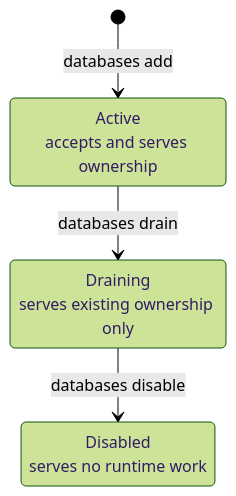
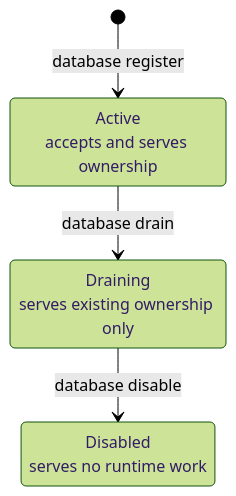
The second of 3 diagrams in web/docs/architecture/scaling/index.mdx (gregl83/agent-vigilo), drawn with Mermaid (forest theme) before and after one commit. The commit also changed other lines of this file and 40 other files, not shown here.

````diff
--- a/web/docs/architecture/scaling/index.mdx
+++ b/web/docs/architecture/scaling/index.mdx
@@ -284,10 +284,10 @@
 ```mermaid
 stateDiagram-v2
     state "Active<br/>accepts and serves ownership" as active
     state "Draining<br/>serves existing ownership only" as draining
     state "Disabled<br/>serves no runtime work" as disabled
 
-    [*] --> active: databases add
-    active --> draining: databases drain
-    draining --> disabled: databases disable
+    [*] --> active: database register
+    active --> draining: database drain
+    draining --> disabled: database disable
 ```
````
